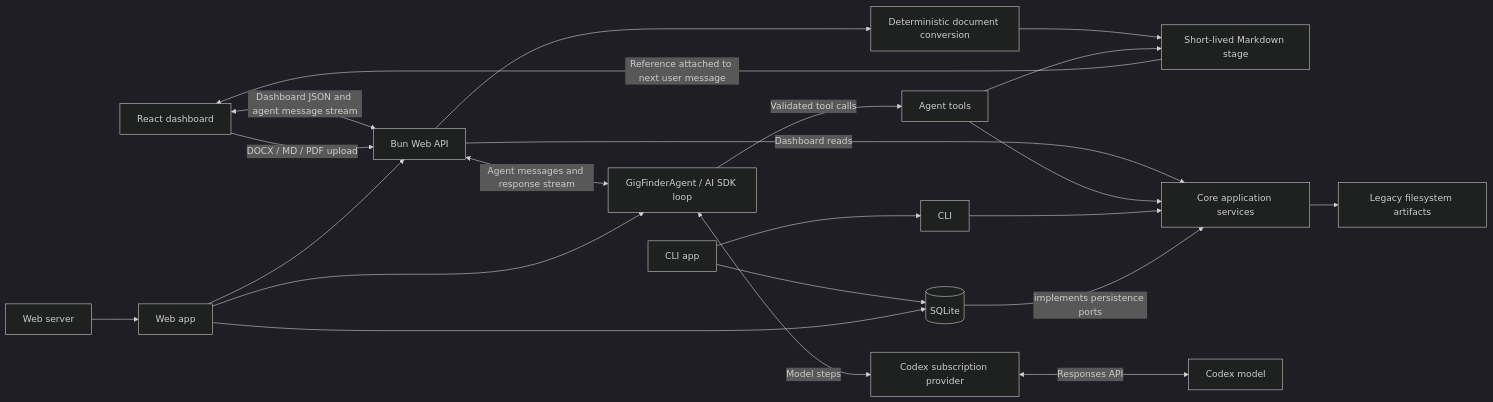
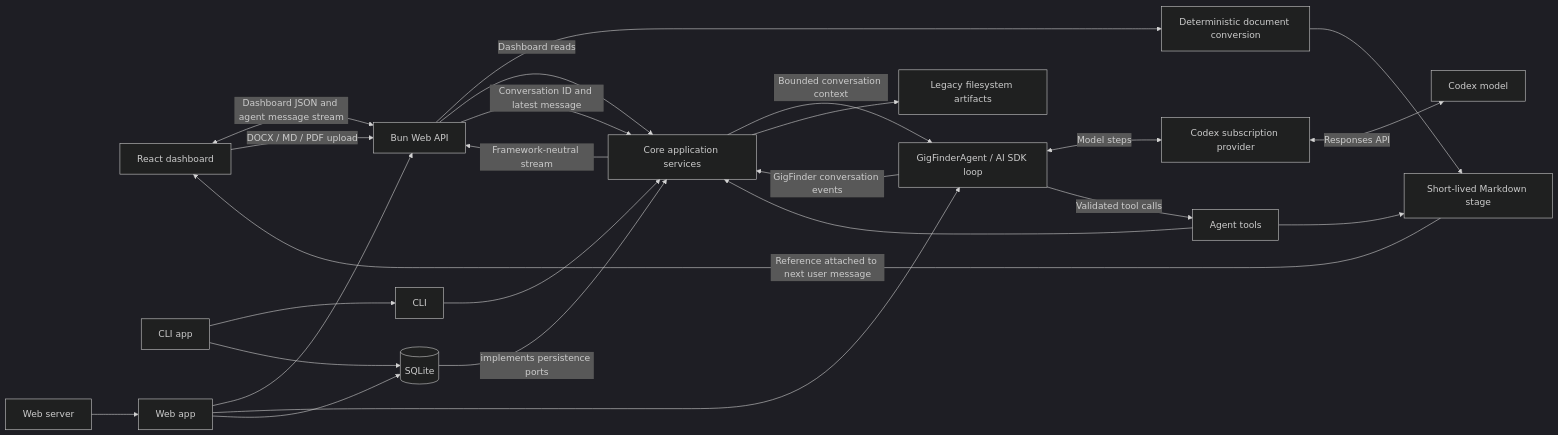
One commit to paulmccallick/gig-finder changed the first of 2 diagrams in docs/architecture/overview.md. Above: the diagram before and after it, drawn with Mermaid (dark theme). The commit also changed other lines of this file and 32 other files, not shown here.

````diff
--- a/docs/architecture/overview.md
+++ b/docs/architecture/overview.md
@@ -5,24 +5,27 @@
 ```mermaid
 flowchart LR
   Dashboard[React dashboard] <-->|Dashboard JSON and agent message stream| API[Bun Web API]
   Dashboard -->|DOCX / MD / PDF upload| API
   API --> Converter[Deterministic document conversion]
   Converter --> Stage[Short-lived Markdown stage]
   Stage -->|Reference attached to next user message| Dashboard
   API -->|Dashboard reads| Core[Core application services]
-  API <-->|Agent messages and response stream| Agent[GigFinderAgent / AI SDK loop]
+  API -->|Conversation ID and latest message| Core
+  Core -->|Bounded conversation context| Agent[GigFinderAgent / AI SDK loop]
+  Agent -->|GigFinder conversation events| Core
+  Core -->|Framework-neutral stream| API
   Agent <-->|Model steps| Provider[Codex subscription provider]
   Provider <-->|Responses API| Model[Codex model]
   Agent -->|Validated tool calls| Tools[Agent tools]
   Tools --> Stage
   Tools --> Core
   CLI[CLI] --> Core
   CLIApp[CLI app] --> CLI
   CLIApp --> SQLite
   WebServer[Web server] --> WebApp[Web app]
   WebApp --> API
   WebApp --> Agent
   WebApp --> SQLite
   SQLite[(SQLite)] -->|implements persistence ports| Core
   Core --> Artifacts[Legacy filesystem artifacts]
 ```
````
